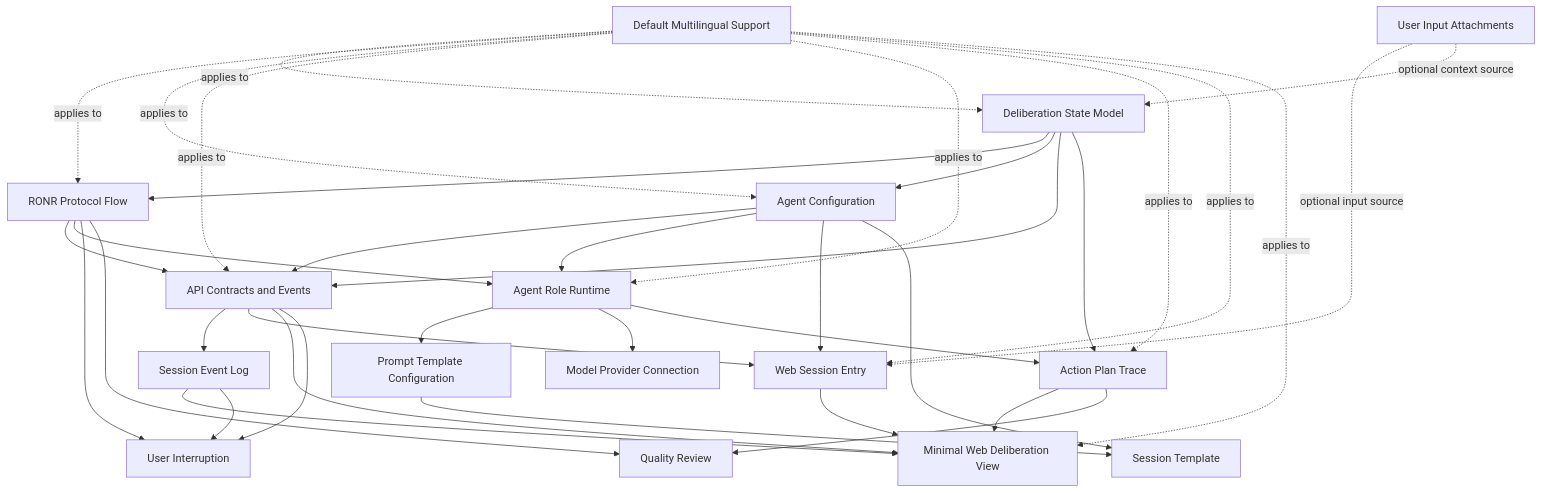
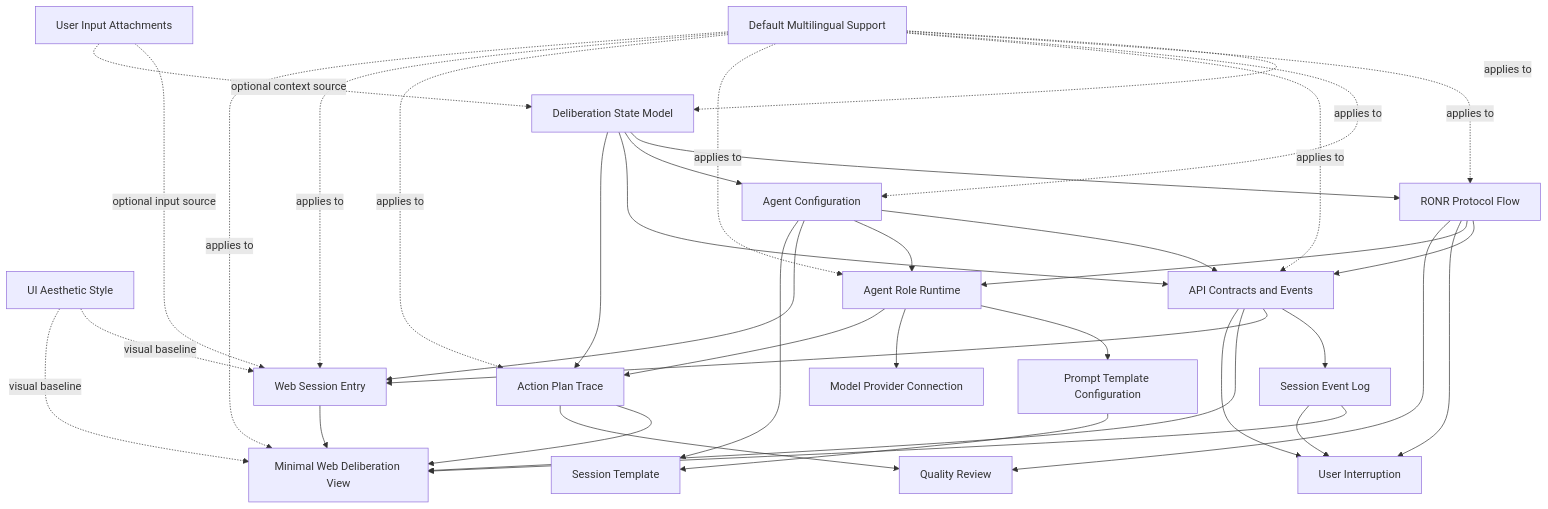
Before and after one commit to slxxaiai/RONR: the diagram in docs/features/index.md, drawn with Mermaid. The commit also changed other lines of this file and 15 other files, not shown here.

````diff
--- a/docs/features/index.md
+++ b/docs/features/index.md
@@ -52,64 +54,68 @@
 ```mermaid
 flowchart TD
     DMS["Default Multilingual Support"]
+    UAS["UI Aesthetic Style"]
     DSM["Deliberation State Model"]
     RPF["RONR Protocol Flow"]
     AC["Agent Configuration"]
     ACE["API Contracts and Events"]
     SEL["Session Event Log"]
     ARRT["Agent Role Runtime"]
     PTC["Prompt Template Configuration"]
     MPC["Model Provider Connection"]
     APT["Action Plan Trace"]
     WSE["Web Session Entry"]
     MWDV["Minimal Web Deliberation View"]
     UI["User Interruption"]
     ST["Session Template"]
     QR["Quality Review"]
     UIA["User Input Attachments"]
 
     DMS -. applies to .-> DSM
     DMS -. applies to .-> RPF
     DMS -. applies to .-> AC
     DMS -. applies to .-> ACE
     DMS -. applies to .-> ARRT
     DMS -. applies to .-> APT
     DMS -. applies to .-> WSE
     DMS -. applies to .-> MWDV
+
+    UAS -. visual baseline .-> WSE
+    UAS -. visual baseline .-> MWDV
 
     DSM --> RPF
     DSM --> AC
     DSM --> ACE
     DSM --> APT
 
     RPF --> ACE
     RPF --> ARRT
     RPF --> UI
     RPF --> QR
 
     AC --> ACE
     AC --> ARRT
     AC --> WSE
     AC --> ST
 
     ACE --> SEL
     ACE --> WSE
     ACE --> MWDV
     ACE --> UI
 
     SEL --> MWDV
     SEL --> UI
 
     ARRT --> PTC
     ARRT --> MPC
     ARRT --> APT
 
     APT --> MWDV
     APT --> QR
 
     WSE --> MWDV
     PTC --> ST
 
     UIA -. optional input source .-> WSE
     UIA -. optional context source .-> DSM
 ```
````
